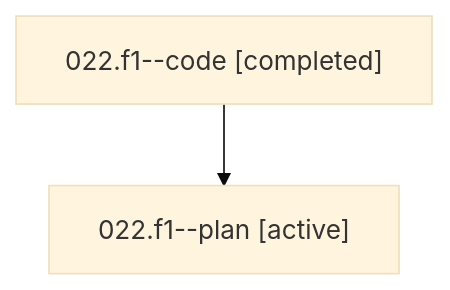
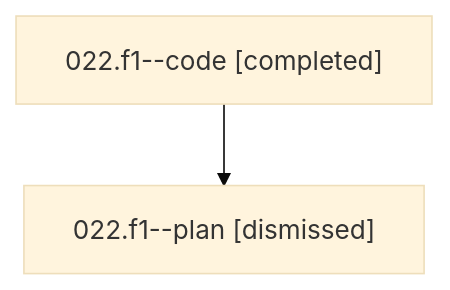
One commit to bobs-org/bob-cli--agents changed the diagram in sessions/bbugyi200.athena.022.f1.md. Above: the diagram before and after it, drawn with Mermaid (base theme). The commit also changed other lines of this file and 46 other files, not shown here.

````diff
--- a/sessions/bbugyi200.athena.022.f1.md
+++ b/sessions/bbugyi200.athena.022.f1.md
@@ -9,6 +9,6 @@
 ```mermaid
 flowchart TD
   n0["022.f1--code [completed]"]
-  n1["022.f1--plan [active]"]
+  n1["022.f1--plan [dismissed]"]
   n0 --> n1
 ```
````
